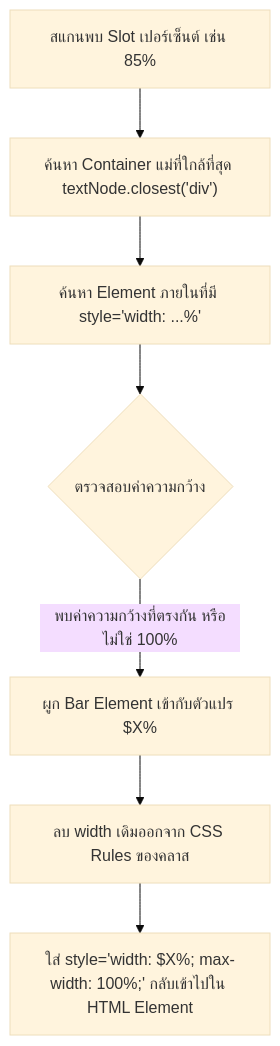
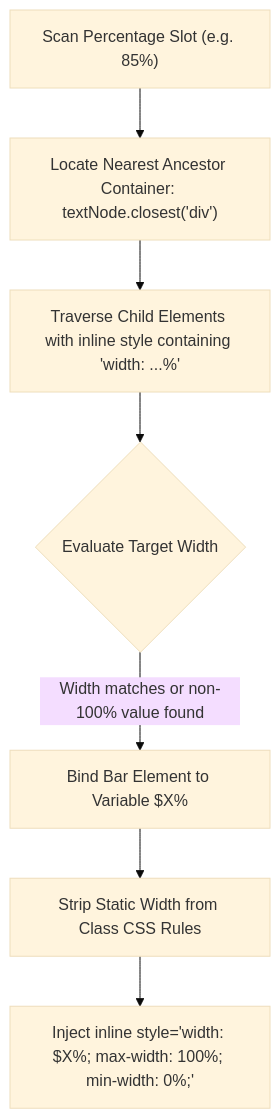
Before and after one commit to jadesolju/Snippet-Studio: the third of 7 diagrams in RUBII_CODE_STUDY_AND_ARCHITECTURE_RESEARCH.md, drawn with Mermaid (base theme). The commit also changed other lines of this file and 2 other files, not shown here.

Commit message:
docs: standardize all Mermaid diagrams to English with Thai workflow blockquotes and zero emojis

````diff
--- a/RUBII_CODE_STUDY_AND_ARCHITECTURE_RESEARCH.md
+++ b/RUBII_CODE_STUDY_AND_ARCHITECTURE_RESEARCH.md
@@ -144,9 +155,9 @@
 ```mermaid
 flowchart TD
-    A["สแกนพบ Slot เปอร์เซ็นต์ เช่น 85%"] --> B["ค้นหา Container แม่ที่ใกล้ที่สุด textNode.closest('div')"]
-    B --> C["ค้นหา Element ภายในที่มี style='width: ...%'"]
-    C --> D{"ตรวจสอบค่าความกว้าง"}
-    D -->|"พบค่าความกว้างที่ตรงกัน หรือไม่ใช่ 100%"| E["ผูก Bar Element เข้ากับตัวแปร $X%"]
-    E --> F["ลบ width เดิมออกจาก CSS Rules ของคลาส"]
-    F --> G["ใส่ style='width: $X%; max-width: 100%;' กลับเข้าไปใน HTML Element"]
+    A["Scan Percentage Slot (e.g. 85%)"] --> B["Locate Nearest Ancestor Container: textNode.closest('div')"]
+    B --> C["Traverse Child Elements with inline style containing 'width: ...%'"]
+    C --> D{"Evaluate Target Width"}
+    D -->|"Width matches or non-100% value found"| E["Bind Bar Element to Variable $X%"]
+    E --> F["Strip Static Width from Class CSS Rules"]
+    F --> G["Inject inline style='width: $X%; max-width: 100%; min-width: 0%;'"]
 ```
````
